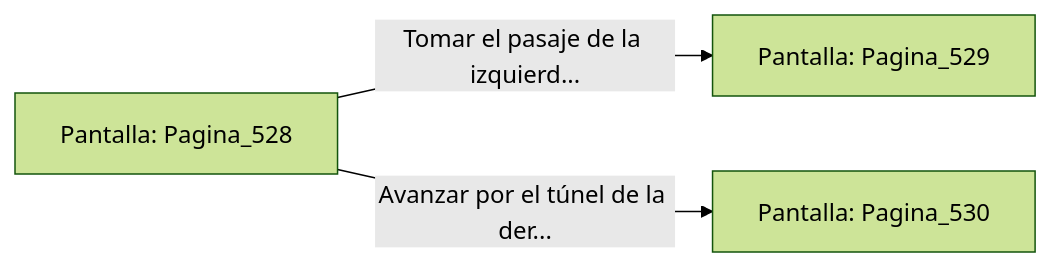
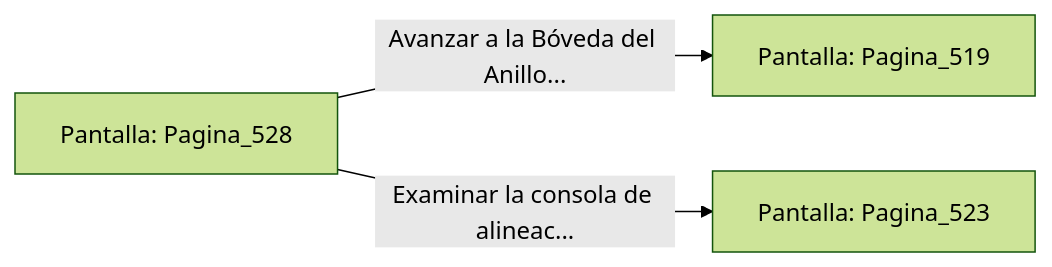
One commit to metsuke/mpl changed the diagram in sample/eligejuego-vault/Pantalla_Pagina_528.md. Above: the diagram before and after it, drawn with Mermaid (forest theme). The commit also changed other lines of this file and 635 other files, not shown here.

First line of the commit message:
fix: añadir Pagina_1 como pantalla inicial en capitulo_01.mpl

````diff
--- a/sample/eligejuego-vault/Pantalla_Pagina_528.md
+++ b/sample/eligejuego-vault/Pantalla_Pagina_528.md
@@ -20,6 +22,6 @@
 ```mermaid
 graph LR
     P_Pagina_528["Pantalla: Pagina_528"]
-    P_Pagina_528 -->|"Tomar el pasaje de la izquierd..."| P_Pagina_529["Pantalla: Pagina_529"]
-    P_Pagina_528 -->|"Avanzar por el túnel de la der..."| P_Pagina_530["Pantalla: Pagina_530"]
+    P_Pagina_528 -->|"Avanzar a la Bóveda del Anillo..."| P_Pagina_519["Pantalla: Pagina_519"]
+    P_Pagina_528 -->|"Examinar la consola de alineac..."| P_Pagina_523["Pantalla: Pagina_523"]
 ```
````
